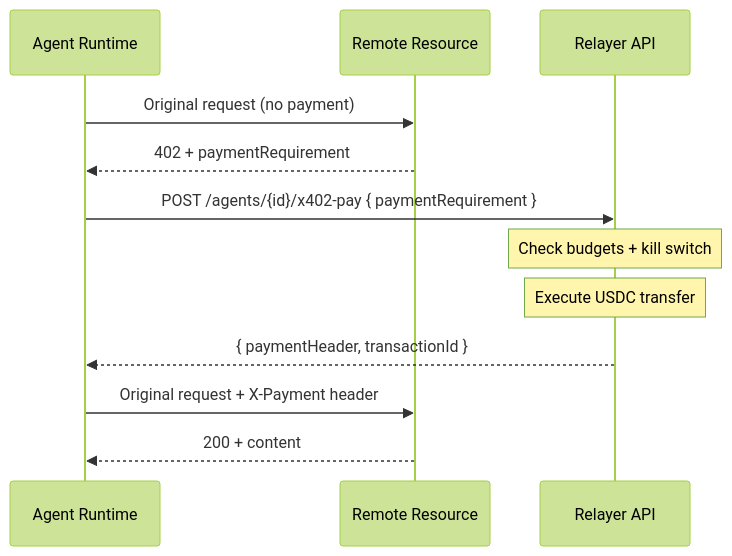
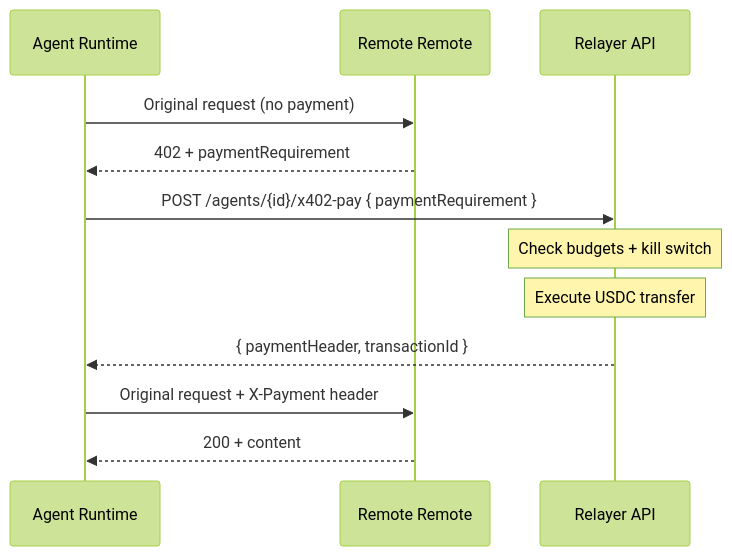
One commit to SherryLabs/docs changed the diagram in api-reference/flows/agent-x402-pay.mdx. Above: the diagram before and after it, drawn with Mermaid (forest theme). The commit also changed other lines of this file and 15 other files, not shown here.

````diff
--- a/api-reference/flows/agent-x402-pay.mdx
+++ b/api-reference/flows/agent-x402-pay.mdx
@@ -25,15 +25,15 @@
 ```mermaid
 sequenceDiagram
   participant Agent as Agent Runtime
-  participant Skill as Remote Resource
+  participant Remote as Remote Remote
   participant API as Relayer API
 
-  Agent->>Skill: Original request (no payment)
-  Skill-->>Agent: 402 + paymentRequirement
+  Agent->>Remote: Original request (no payment)
+  Remote-->>Agent: 402 + paymentRequirement
   Agent->>API: POST /agents/{id}/x402-pay { paymentRequirement }
   Note over API: Check budgets + kill switch
   Note over API: Execute USDC transfer
   API-->>Agent: { paymentHeader, transactionId }
-  Agent->>Skill: Original request + X-Payment header
-  Skill-->>Agent: 200 + content
+  Agent->>Remote: Original request + X-Payment header
+  Remote-->>Agent: 200 + content
 ```
````
